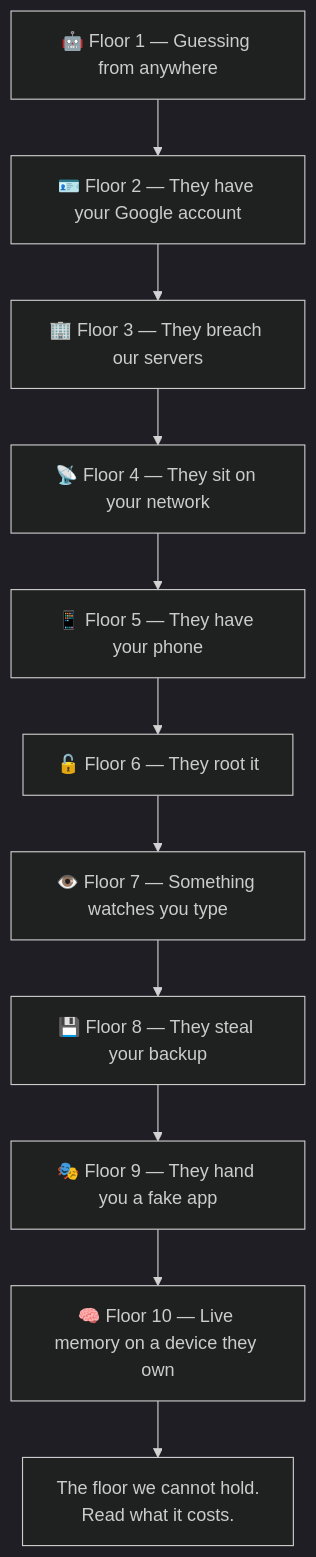
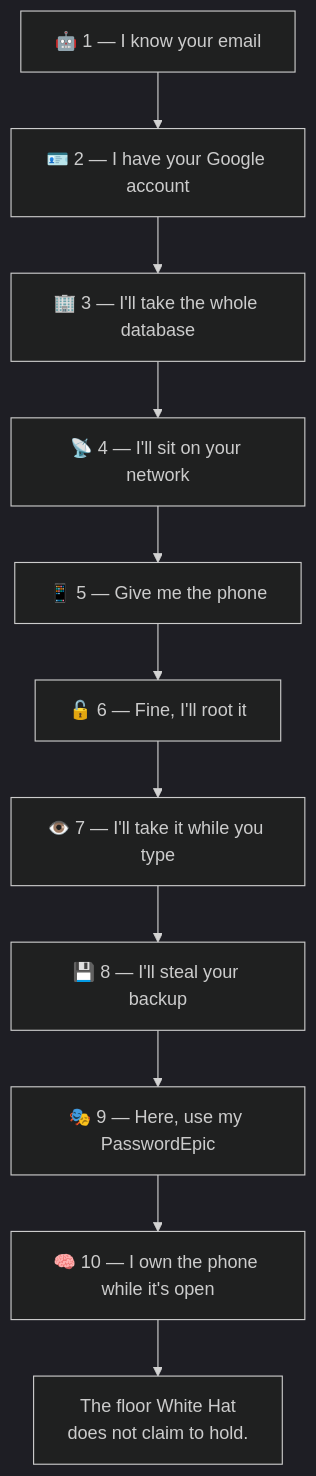
The second of 11 diagrams in docs/attack-scenarios.md (TuPhung369/passwordepic-website), drawn with Mermaid (dark theme) before and after one commit. The commit also changed other lines of this file and 6 other files, not shown here.

````diff
--- a/docs/attack-scenarios.md
+++ b/docs/attack-scenarios.md
@@ -17,13 +42,13 @@
 ```mermaid
 flowchart TD
-  F1["🤖 Floor 1 — Guessing from anywhere"] --> F2["🪪 Floor 2 — They have your Google account"]
-  F2 --> F3["🏢 Floor 3 — They breach our servers"]
-  F3 --> F4["📡 Floor 4 — They sit on your network"]
-  F4 --> F5["📱 Floor 5 — They have your phone"]
-  F5 --> F6["🔓 Floor 6 — They root it"]
-  F6 --> F7["👁️ Floor 7 — Something watches you type"]
-  F7 --> F8["💾 Floor 8 — They steal your backup"]
-  F8 --> F9["🎭 Floor 9 — They hand you a fake app"]
-  F9 --> F10["🧠 Floor 10 — Live memory on a device they own"]
-  F10 --> X["The floor we cannot hold.<br/>Read what it costs."]
+  F1["🤖 1 — I know your email"] --> F2["🪪 2 — I have your Google account"]
+  F2 --> F3["🏢 3 — I'll take the whole database"]
+  F3 --> F4["📡 4 — I'll sit on your network"]
+  F4 --> F5["📱 5 — Give me the phone"]
+  F5 --> F6["🔓 6 — Fine, I'll root it"]
+  F6 --> F7["👁️ 7 — I'll take it while you type"]
+  F7 --> F8["💾 8 — I'll steal your backup"]
+  F8 --> F9["🎭 9 — Here, use my PasswordEpic"]
+  F9 --> F10["🧠 10 — I own the phone while it's open"]
+  F10 --> X["The floor White Hat<br/>does not claim to hold."]
 ```
````
